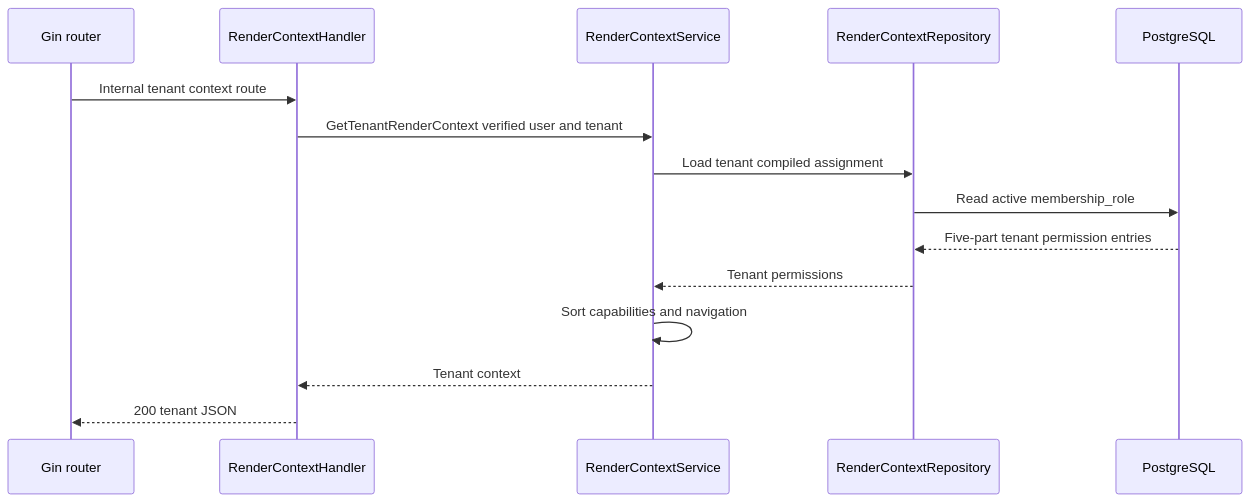
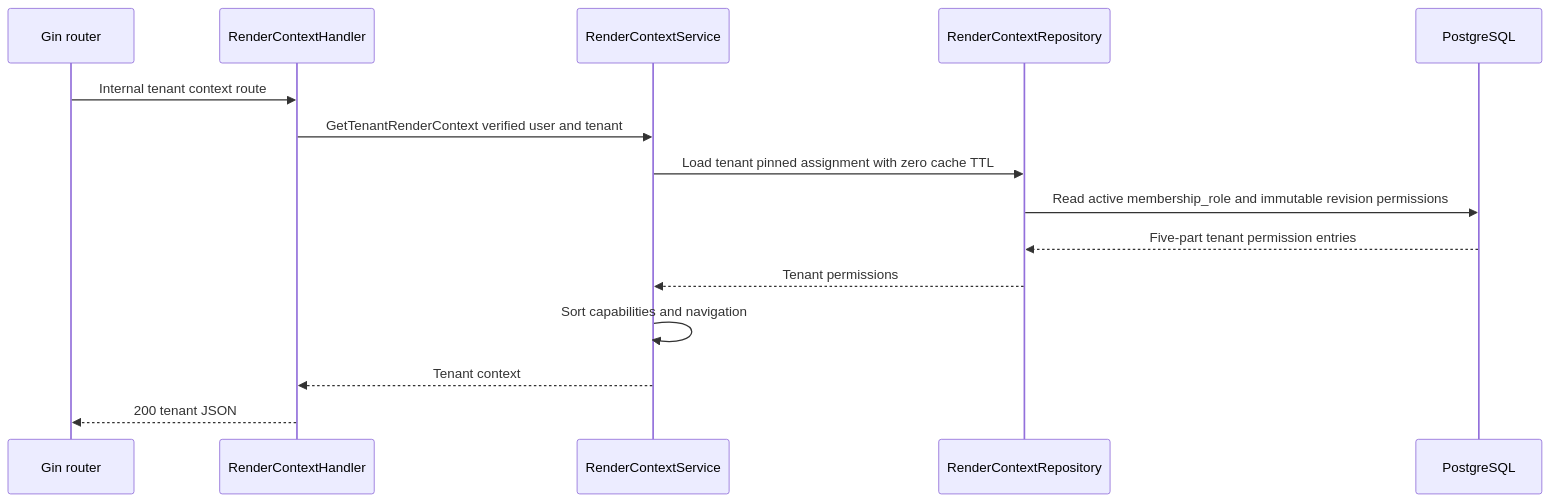
The second of 2 diagrams in god_view/iam/tenant_render_context_read_god_view_workflow.md (phucle996/aurora), drawn with Mermaid before and after one commit. The commit also changed other lines of this file and 132 other files, not shown here.

Commit message:
refactor(iam): isolate owner workflows and revision tenant RBAC

````diff
--- a/god_view/iam/tenant_render_context_read_god_view_workflow.md
+++ b/god_view/iam/tenant_render_context_read_god_view_workflow.md
@@ -49,17 +53,17 @@
 ```mermaid
 sequenceDiagram
     participant R as Gin router
     participant H as RenderContextHandler
     participant S as RenderContextService
     participant Repo as RenderContextRepository
     participant DB as PostgreSQL
     R->>H: Internal tenant context route
     H->>S: GetTenantRenderContext verified user and tenant
-    S->>Repo: Load tenant compiled assignment
-    Repo->>DB: Read active membership_role
+    S->>Repo: Load tenant pinned assignment with zero cache TTL
+    Repo->>DB: Read active membership_role and immutable revision permissions
     DB-->>Repo: Five-part tenant permission entries
     Repo-->>S: Tenant permissions
     S->>S: Sort capabilities and navigation
     S-->>H: Tenant context
     H-->>R: 200 tenant JSON
 ```
````
